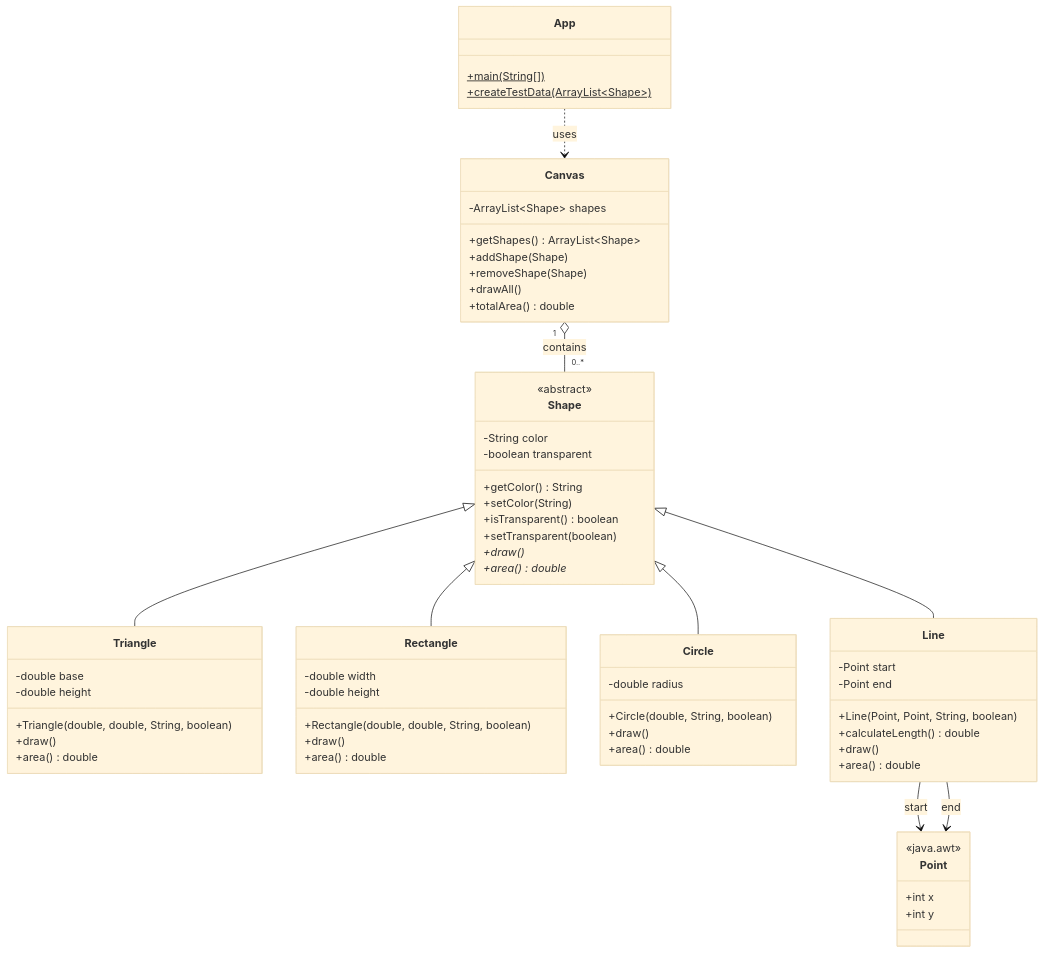
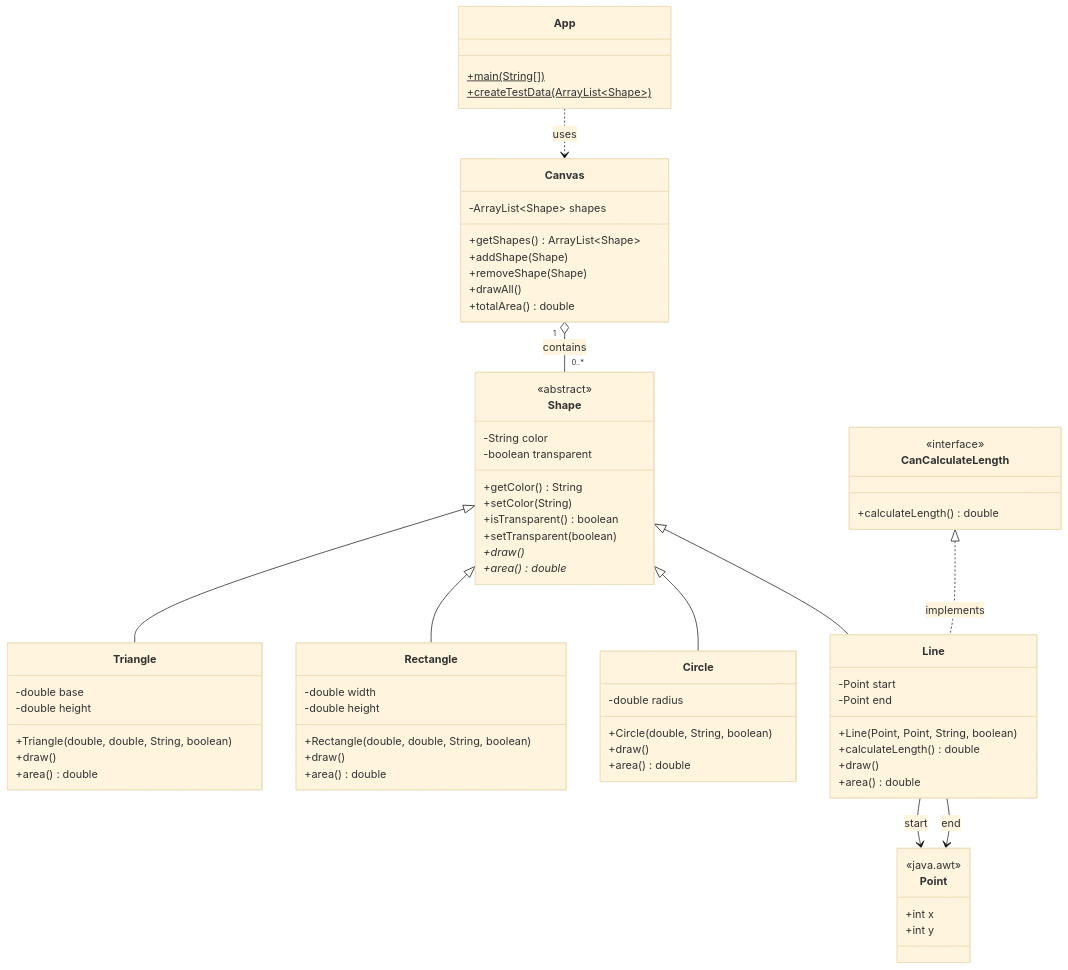
The diagram in README.md (tuo-vamk/vector-draw-app), drawn with Mermaid (base theme) before and after one commit. The commit also changed other lines of this file and 3 other files, not shown here.

Commit message:
Added canCalculateLength interface

````diff
--- a/README.md
+++ b/README.md
@@ -7,75 +7,81 @@
 ```mermaid
 classDiagram
     class Shape {
         <<abstract>>
         -String color
         -boolean transparent
         +getColor() String
         +setColor(String)
         +isTransparent() boolean
         +setTransparent(boolean)
         +draw()*
         +area()* double
     }
 
     class Triangle {
         -double base
         -double height
         +Triangle(double, double, String, boolean)
         +draw()
         +area() double
     }
 
     class Rectangle {
         -double width
         -double height
         +Rectangle(double, double, String, boolean)
         +draw()
         +area() double
     }
 
     class Circle {
         -double radius
         +Circle(double, String, boolean)
         +draw()
         +area() double
     }
 
+    class CanCalculateLength {
+        <<interface>>
+        +calculateLength() double
+    }
+
     class Line {
         -Point start
         -Point end
         +Line(Point, Point, String, boolean)
         +calculateLength() double
         +draw()
         +area() double
     }
 
     class Canvas {
         -ArrayList~Shape~ shapes
         +getShapes() ArrayList~Shape~
         +addShape(Shape)
         +removeShape(Shape)
         +drawAll()
         +totalArea() double
     }
 
     class App {
         +main(String[])$
         +createTestData(ArrayList~Shape~)$
     }
 
     class Point {
         <<java.awt>>
         +int x
         +int y
     }
 
     Shape <|-- Triangle
     Shape <|-- Rectangle
     Shape <|-- Circle
     Shape <|-- Line
+    CanCalculateLength <|.. Line : implements
     Canvas "1" o-- "0..*" Shape : contains
     App ..> Canvas : uses
     Line --> Point : start
     Line --> Point : end
 ```
````
